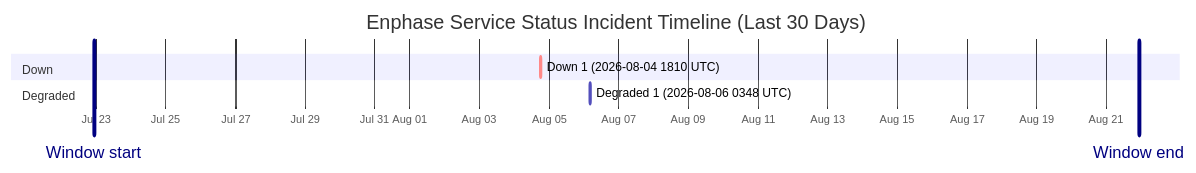
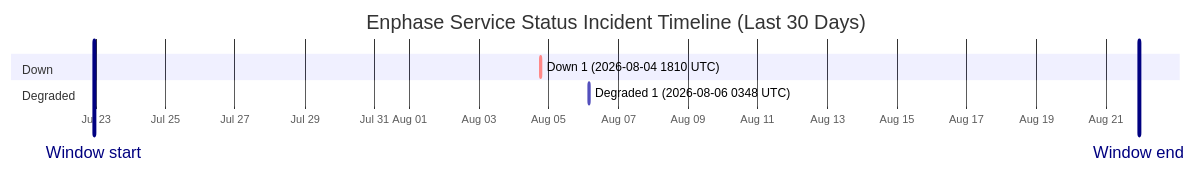
Before and after one commit to barneyonline/ha-enphase-energy: the diagram in wiki/Service-Status-History.md, drawn with Mermaid. The commit also changed other lines of this file and 3 other files, not shown here.

````diff
--- a/wiki/Service-Status-History.md
+++ b/wiki/Service-Status-History.md
@@ -14,12 +14,12 @@
 ```mermaid
 gantt
     title Enphase Service Status Incident Timeline (Last 30 Days)
     dateFormat  YYYY-MM-DDTHH:mm:ss
     axisFormat  %b %d
-    Window start :vert, window-start, 2026-07-22T22:21:49, 0ms
-    Window end :vert, window-end, 2026-08-21T22:21:49, 0ms
+    Window start :vert, window-start, 2026-07-22T22:50:11, 0ms
+    Window end :vert, window-end, 2026-08-21T22:50:11, 0ms
     section Down
     Down 1 (2026-08-04 1810 UTC) :crit, down-1, 2026-08-04T18:10:46, 60m
     section Degraded
     Degraded 1 (2026-08-06 0348 UTC) :active, degraded-1, 2026-08-06T03:48:14, 60m
 ```
````
